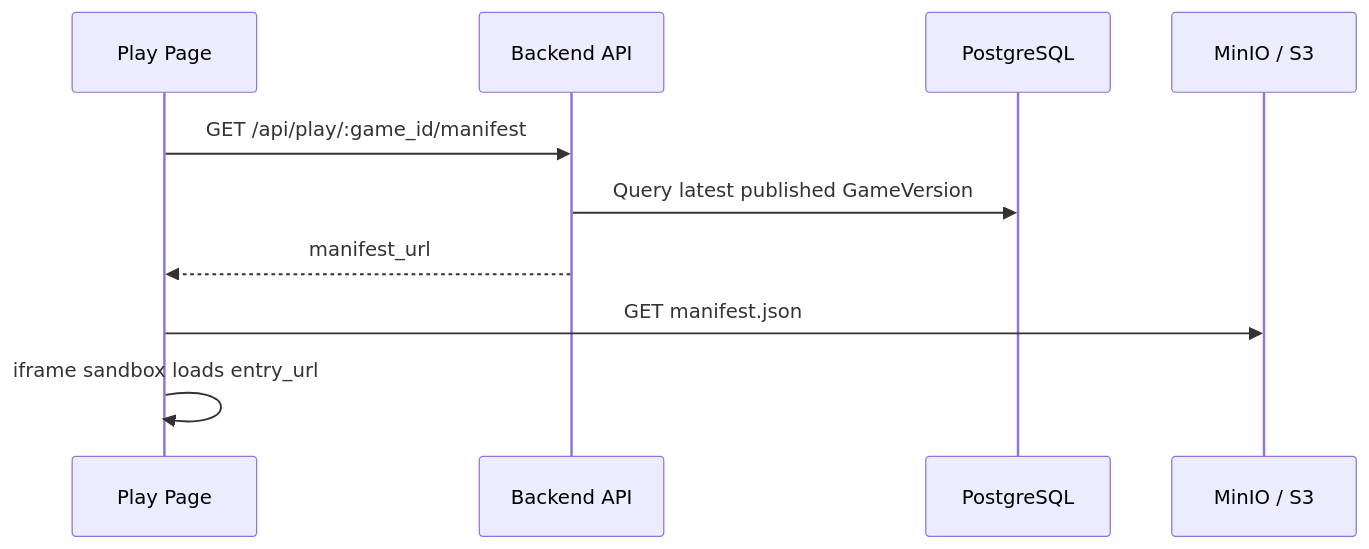
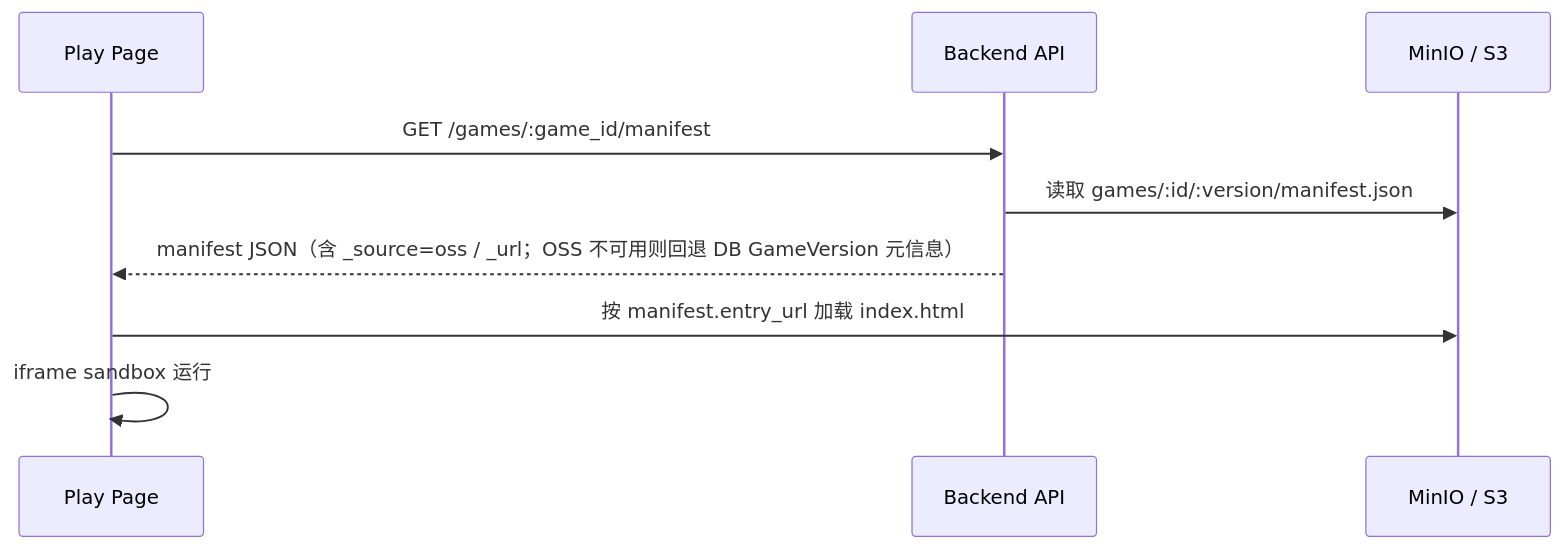
One commit to charlie11sun-netizen/yahaha changed the third of 3 diagrams in docs/multi-agent_design.md. Above: the diagram before and after it, drawn with Mermaid. The commit also changed other lines of this file and 1 other file, not shown here.

````diff
--- a/docs/multi-agent_design.md
+++ b/docs/multi-agent_design.md
@@ -1958,13 +700,12 @@
 ```mermaid
 sequenceDiagram
   participant FE as Play Page
   participant API as Backend API
-  participant DB as PostgreSQL
   participant OSS as MinIO / S3
 
-  FE->>API: GET /api/play/:game_id/manifest
-  API->>DB: Query latest published GameVersion
-  API-->>FE: manifest_url
-  FE->>OSS: GET manifest.json
-  FE->>FE: iframe sandbox loads entry_url
+  FE->>API: GET /games/:game_id/manifest
+  API->>OSS: 读取 games/:id/:version/manifest.json
+  API-->>FE: manifest JSON（含 _source=oss / _url；OSS 不可用则回退 DB GameVersion 元信息）
+  FE->>OSS: 按 manifest.entry_url 加载 index.html
+  FE->>FE: iframe sandbox 运行
 ```
````
